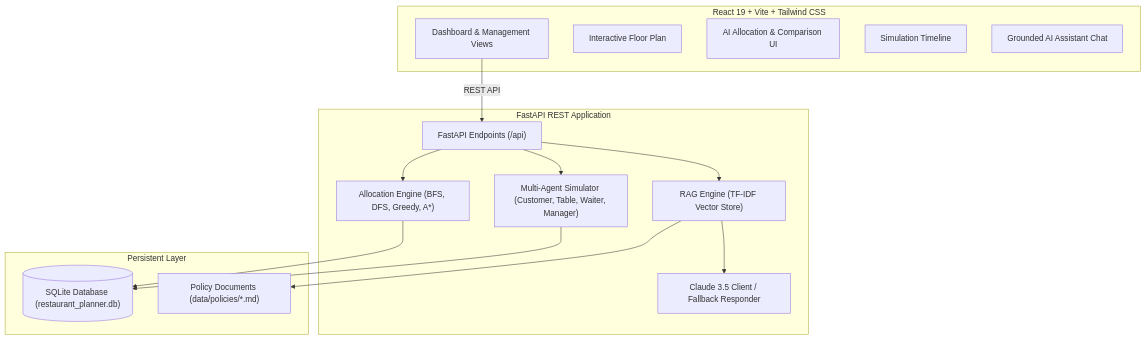
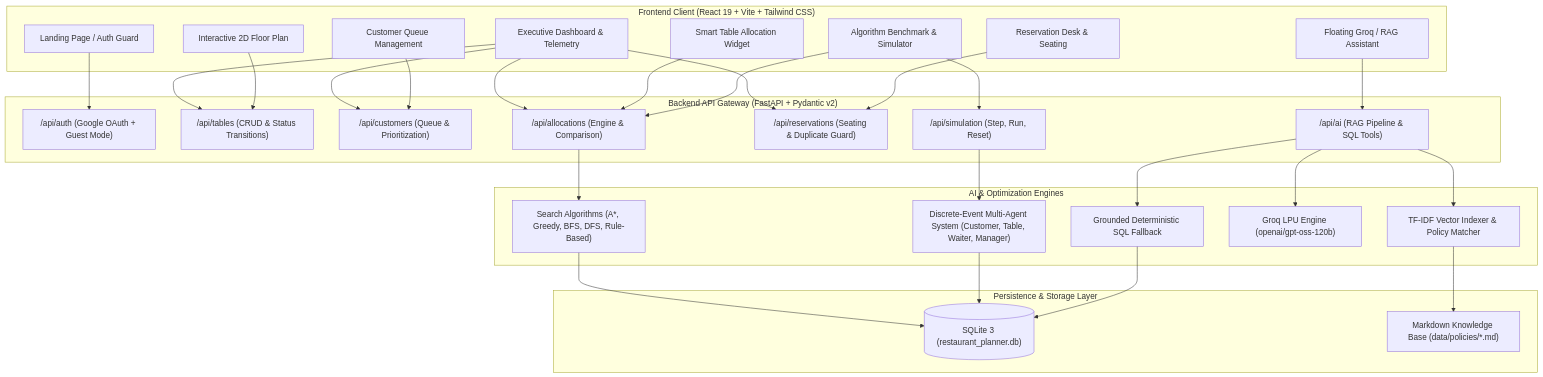
Before and after one commit to JiyaSuteri/AI-Project: the first of 2 diagrams in README.md, drawn with Mermaid. The commit also changed other lines of this file and 63 other files, not shown here.

Commit message:
feat: complete Saffron & Sage AI Bistro platform with industrial README, auth, algorithms, UI simplification, and deployment workflows

````diff
--- a/README.md
+++ b/README.md
@@ -79,32 +43,54 @@
 ```mermaid
-flowchart TD
-    subgraph Frontend["React 19 + Vite + Tailwind CSS"]
-        UI["Dashboard & Management Views"]
-        FP["Interactive Floor Plan"]
-        AC["AI Allocation & Comparison UI"]
-        SIM["Simulation Timeline"]
-        CHAT["Grounded AI Assistant Chat"]
+flowchart TB
+    subgraph ClientLayer["Frontend Client (React 19 + Vite + Tailwind CSS)"]
+        Landing["Landing Page / Auth Guard"]
+        Dashboard["Executive Dashboard & Telemetry"]
+        SmartAlloc["Smart Table Allocation Widget"]
+        FloorPlan["Interactive 2D Floor Plan"]
+        CustQueue["Customer Queue Management"]
+        ResvDesk["Reservation Desk & Seating"]
+        AdvTools["Algorithm Benchmark & Simulator"]
+        FloatingAI["Floating Groq / RAG Assistant"]
     end
 
-    subgraph Backend["FastAPI REST Application"]
-        API["FastAPI Endpoints (/api)"]
-        ENG["Allocation Engine (BFS, DFS, Greedy, A*)"]
-        MAS["Multi-Agent Simulator (Customer, Table, Waiter, Manager)"]
-        RAG["RAG Engine (TF-IDF Vector Store)"]
-        CLAUDE["Claude 3.5 Client / Fallback Responder"]
+    subgraph APILayer["Backend API Gateway (FastAPI + Pydantic v2)"]
+        AuthRouter["/api/auth (Google OAuth + Guest Mode)"]
+        TableRouter["/api/tables (CRUD & Status Transitions)"]
+        CustRouter["/api/customers (Queue & Prioritization)"]
+        AllocRouter["/api/allocations (Engine & Comparison)"]
+        ResvRouter["/api/reservations (Seating & Duplicate Guard)"]
+        SimRouter["/api/simulation (Step, Run, Reset)"]
+        AIRouter["/api/ai (RAG Pipeline & SQL Tools)"]
     end
 
-    subgraph Storage["Persistent Layer"]
-        DB[("SQLite Database (restaurant_planner.db)")]
-        POLICIES["Policy Documents (data/policies/*.md)"]
+    subgraph EngineLayer["AI & Optimization Engines"]
+        SearchEngines["Search Algorithms (A*, Greedy, BFS, DFS, Rule-Based)"]
+        MultiAgent["Discrete-Event Multi-Agent System (Customer, Table, Waiter, Manager)"]
+        RAGIndex["TF-IDF Vector Indexer & Policy Matcher"]
+        GroqLLM["Groq LPU Engine (openai/gpt-oss-120b)"]
+        LocalFallback["Grounded Deterministic SQL Fallback"]
     end
 
-    UI -->|REST API| API
-    API --> ENG
-    API --> MAS
-    API --> RAG
-    RAG --> POLICIES
-    RAG --> CLAUDE
-    ENG --> DB
-    MAS --> DB
+    subgraph DataLayer["Persistence & Storage Layer"]
+        SQLiteDB[("SQLite 3 (restaurant_planner.db)")]
+        PolicyStore["Markdown Knowledge Base (data/policies/*.md)"]
+    end
+
+    Landing --> AuthRouter
+    Dashboard --> TableRouter & CustRouter & ResvRouter & AllocRouter
+    SmartAlloc --> AllocRouter
+    FloorPlan --> TableRouter
+    CustQueue --> CustRouter
+    ResvDesk --> ResvRouter
+    AdvTools --> AllocRouter & SimRouter
+    FloatingAI --> AIRouter
+
+    AllocRouter --> SearchEngines
+    SimRouter --> MultiAgent
+    AIRouter --> RAGIndex & GroqLLM & LocalFallback
+
+    SearchEngines --> SQLiteDB
+    MultiAgent --> SQLiteDB
+    RAGIndex --> PolicyStore
+    LocalFallback --> SQLiteDB
 ```
````
